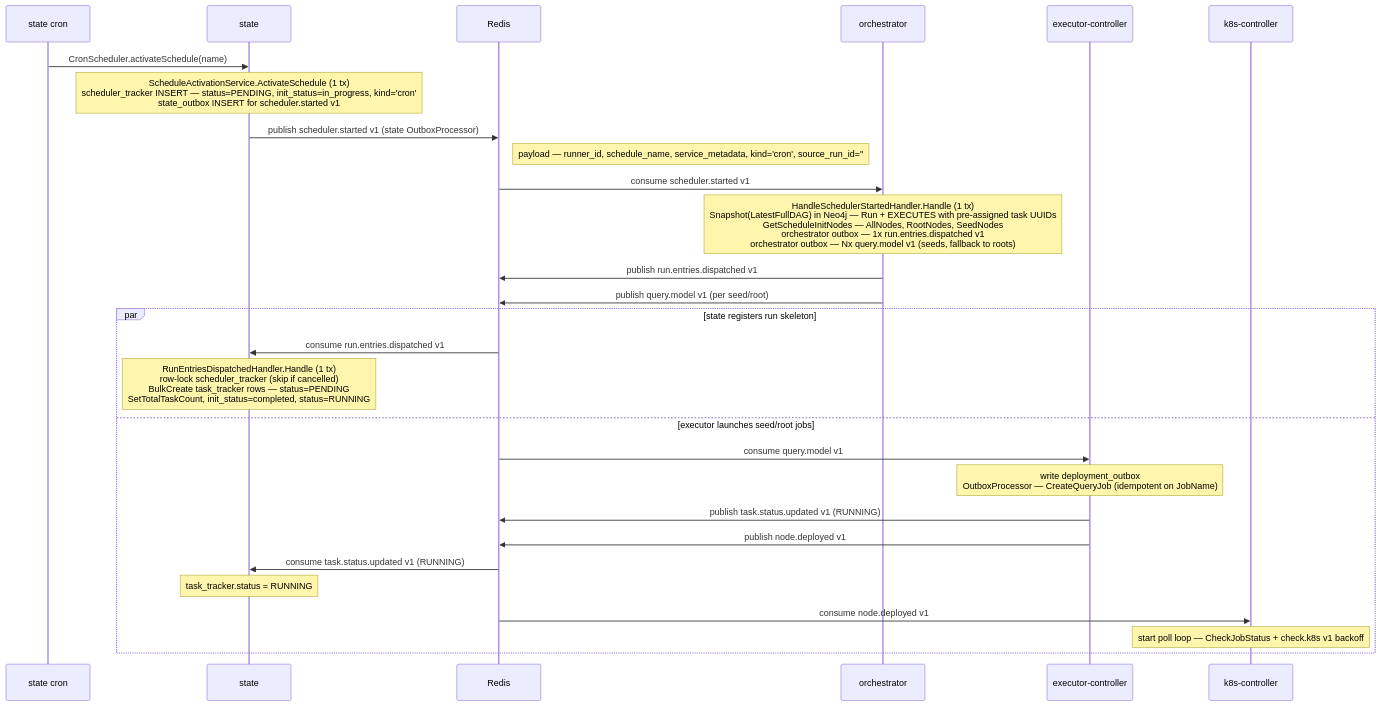
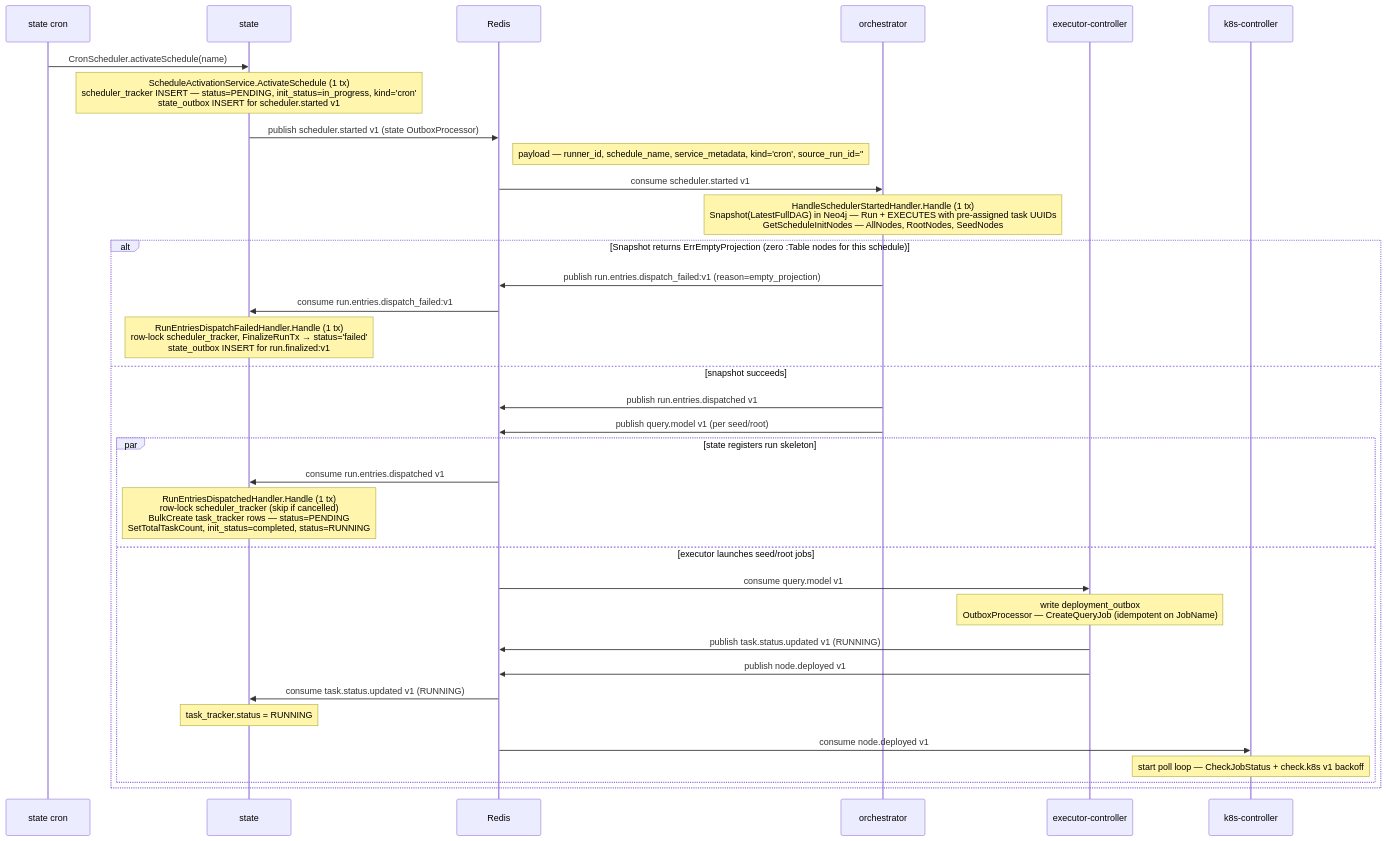
Before and after one commit to carolsimone/continuo: the first of 10 diagrams in docs/arch/03-sequence-flows.md, drawn with Mermaid. The commit also changed other lines of this file, not shown here.

Commit message:
docs(arch): document empty-DAG cron path in scheduler.started flow

````diff
--- a/docs/arch/03-sequence-flows.md
+++ b/docs/arch/03-sequence-flows.md
@@ -5,33 +5,39 @@
 ```mermaid
 sequenceDiagram
   participant Cron as state cron
   participant ST as state
   participant R as Redis
   participant OR as orchestrator
   participant EC as executor-controller
   participant KC as k8s-controller
 
   Cron->>ST: CronScheduler.activateSchedule(name)
   Note over ST: ScheduleActivationService.ActivateSchedule (1 tx)<br/>scheduler_tracker INSERT — status=PENDING, init_status=in_progress, kind='cron'<br/>state_outbox INSERT for scheduler.started v1
   ST->>R: publish scheduler.started v1 (state OutboxProcessor)
   Note right of R: payload — runner_id, schedule_name, service_metadata, kind='cron', source_run_id=''
 
   R->>OR: consume scheduler.started v1
-  Note over OR: HandleSchedulerStartedHandler.Handle (1 tx)<br/>Snapshot(LatestFullDAG) in Neo4j — Run + EXECUTES with pre-assigned task UUIDs<br/>GetScheduleInitNodes — AllNodes, RootNodes, SeedNodes<br/>orchestrator outbox — 1x run.entries.dispatched v1<br/>orchestrator outbox — Nx query.model v1 (seeds, fallback to roots)
-  OR->>R: publish run.entries.dispatched v1
-  OR->>R: publish query.model v1 (per seed/root)
+  Note over OR: HandleSchedulerStartedHandler.Handle (1 tx)<br/>Snapshot(LatestFullDAG) in Neo4j — Run + EXECUTES with pre-assigned task UUIDs<br/>GetScheduleInitNodes — AllNodes, RootNodes, SeedNodes
+  alt Snapshot returns ErrEmptyProjection (zero :Table nodes for this schedule)
+    OR->>R: publish run.entries.dispatch_failed:v1 (reason=empty_projection)
+    R->>ST: consume run.entries.dispatch_failed:v1
+    Note over ST: RunEntriesDispatchFailedHandler.Handle (1 tx)<br/>row-lock scheduler_tracker, FinalizeRunTx → status='failed'<br/>state_outbox INSERT for run.finalized:v1
+  else snapshot succeeds
+    OR->>R: publish run.entries.dispatched v1
+    OR->>R: publish query.model v1 (per seed/root)
 
-  par state registers run skeleton
-    R->>ST: consume run.entries.dispatched v1
-    Note over ST: RunEntriesDispatchedHandler.Handle (1 tx)<br/>row-lock scheduler_tracker (skip if cancelled)<br/>BulkCreate task_tracker rows — status=PENDING<br/>SetTotalTaskCount, init_status=completed, status=RUNNING
-  and executor launches seed/root jobs
-    R->>EC: consume query.model v1
-    Note over EC: write deployment_outbox<br/>OutboxProcessor — CreateQueryJob (idempotent on JobName)
-    EC->>R: publish task.status.updated v1 (RUNNING)
-    EC->>R: publish node.deployed v1
-    R->>ST: consume task.status.updated v1 (RUNNING)
-    Note over ST: task_tracker.status = RUNNING
-    R->>KC: consume node.deployed v1
-    Note over KC: start poll loop — CheckJobStatus + check.k8s v1 backoff
+    par state registers run skeleton
+      R->>ST: consume run.entries.dispatched v1
+      Note over ST: RunEntriesDispatchedHandler.Handle (1 tx)<br/>row-lock scheduler_tracker (skip if cancelled)<br/>BulkCreate task_tracker rows — status=PENDING<br/>SetTotalTaskCount, init_status=completed, status=RUNNING
+    and executor launches seed/root jobs
+      R->>EC: consume query.model v1
+      Note over EC: write deployment_outbox<br/>OutboxProcessor — CreateQueryJob (idempotent on JobName)
+      EC->>R: publish task.status.updated v1 (RUNNING)
+      EC->>R: publish node.deployed v1
+      R->>ST: consume task.status.updated v1 (RUNNING)
+      Note over ST: task_tracker.status = RUNNING
+      R->>KC: consume node.deployed v1
+      Note over KC: start poll loop — CheckJobStatus + check.k8s v1 backoff
+    end
   end
 ```
````
